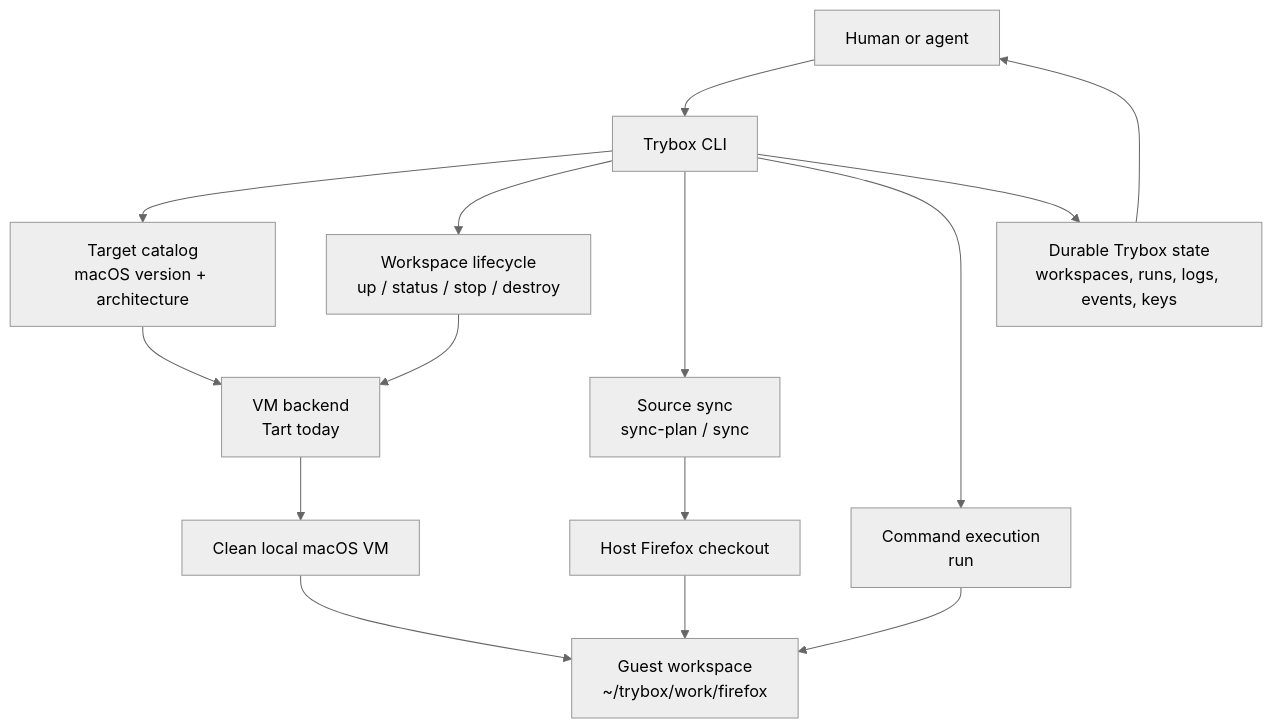
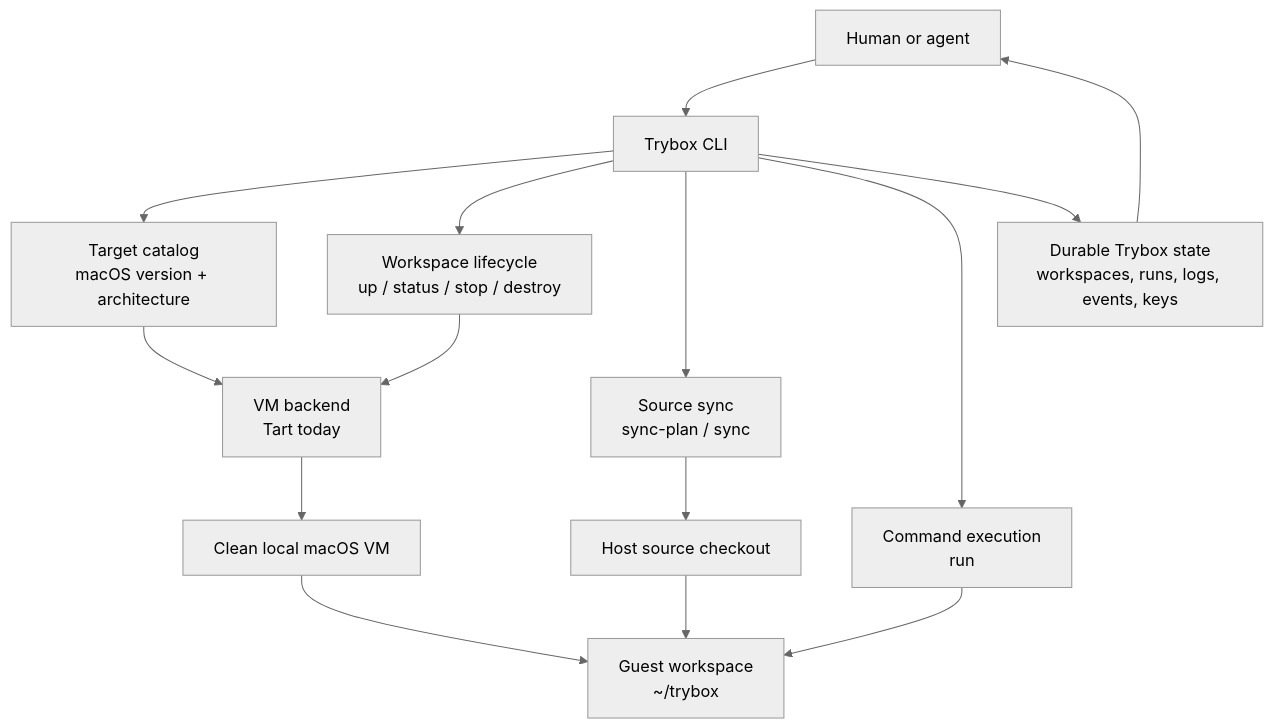
One commit to jwmossmoz/trybox changed the diagram in docs/architecture.md. Above: the diagram before and after it, drawn with Mermaid (neutral theme). The commit also changed other lines of this file and 13 other files, not shown here.

Commit message:
Improve Trybox workspace and view flows

````diff
--- a/docs/architecture.md
+++ b/docs/architecture.md
@@ -48,21 +46,21 @@
 ```mermaid
 flowchart TD
     user["Human or agent"] --> cli["Trybox CLI"]
 
     cli --> targets["Target catalog<br/>macOS version + architecture"]
     cli --> lifecycle["Workspace lifecycle<br/>up / status / stop / destroy"]
     cli --> sync["Source sync<br/>sync-plan / sync"]
     cli --> run["Command execution<br/>run"]
 
     targets --> backend["VM backend<br/>Tart today"]
     lifecycle --> backend
     backend --> vm["Clean local macOS VM"]
 
-    sync --> checkout["Host Firefox checkout"]
-    checkout --> workspace["Guest workspace<br/>~/trybox/work/firefox"]
+    sync --> checkout["Host source checkout"]
+    checkout --> workspace["Guest workspace<br/>~/trybox"]
     vm --> workspace
     run --> workspace
 
     cli --> state["Durable Trybox state<br/>workspaces, runs, logs, events, keys"]
     state --> user
 ```
````
